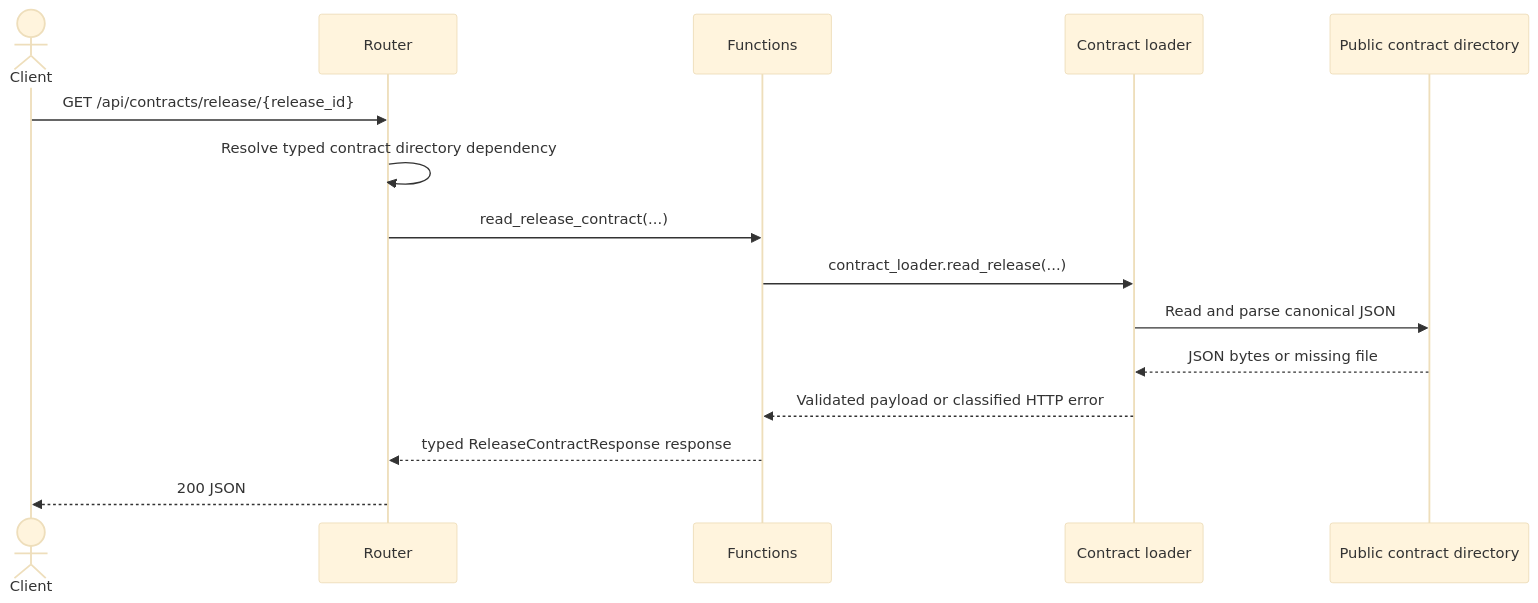
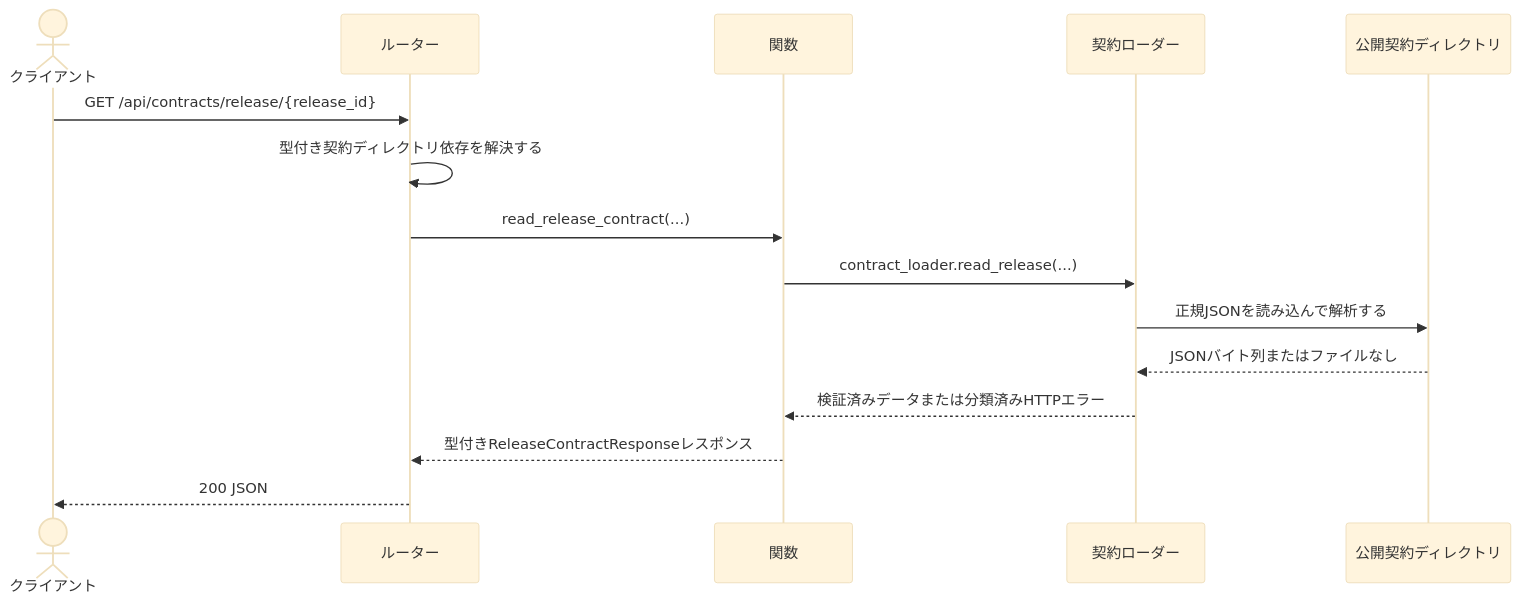
Before and after one commit to tsuji-tomonori/diopside-v7: the diagram in backend/docs/api/operations/getReleaseContract/sequence.gen.md, drawn with Mermaid (base theme). The commit also changed other lines of this file and 142 other files, not shown here.

````diff
--- a/backend/docs/api/operations/getReleaseContract/sequence.gen.md
+++ b/backend/docs/api/operations/getReleaseContract/sequence.gen.md
@@ -3,17 +3,17 @@
 ```mermaid
 sequenceDiagram
-    actor Client
-    participant Router
-    participant Functions
-    participant Loader as Contract loader
-    participant Storage as Public contract directory
+    actor Client as クライアント
+    participant Router as ルーター
+    participant Functions as 関数
+    participant Loader as 契約ローダー
+    participant Storage as 公開契約ディレクトリ
     Client->>Router: GET /api/contracts/release/{release_id}
-    Router->>Router: Resolve typed contract directory dependency
+    Router->>Router: 型付き契約ディレクトリ依存を解決する
     Router->>Functions: read_release_contract(...) 
     Functions->>Loader: contract_loader.read_release(...) 
-    Loader->>Storage: Read and parse canonical JSON
-    Storage-->>Loader: JSON bytes or missing file
-    Loader-->>Functions: Validated payload or classified HTTP error
-    Functions-->>Router: typed ReleaseContractResponse response
+    Loader->>Storage: 正規JSONを読み込んで解析する
+    Storage-->>Loader: JSONバイト列またはファイルなし
+    Loader-->>Functions: 検証済みデータまたは分類済みHTTPエラー
+    Functions-->>Router: 型付きReleaseContractResponseレスポンス
     Router-->>Client: 200 JSON
 ```
````
